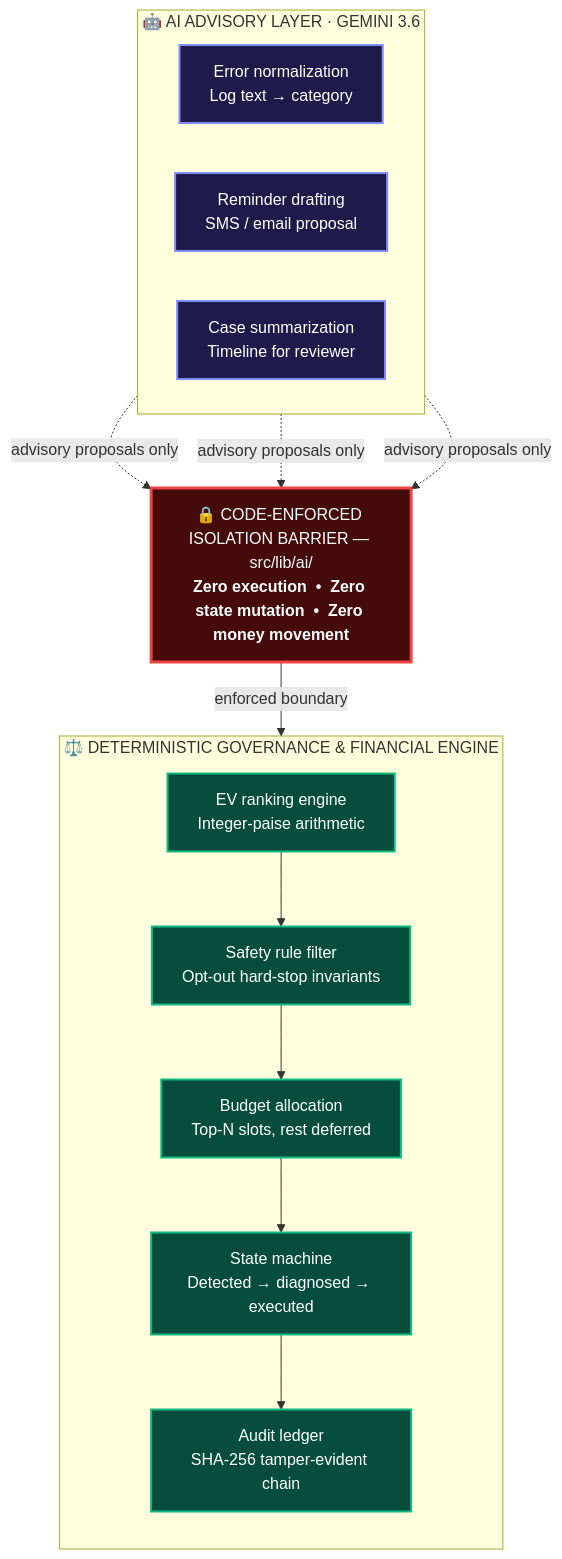
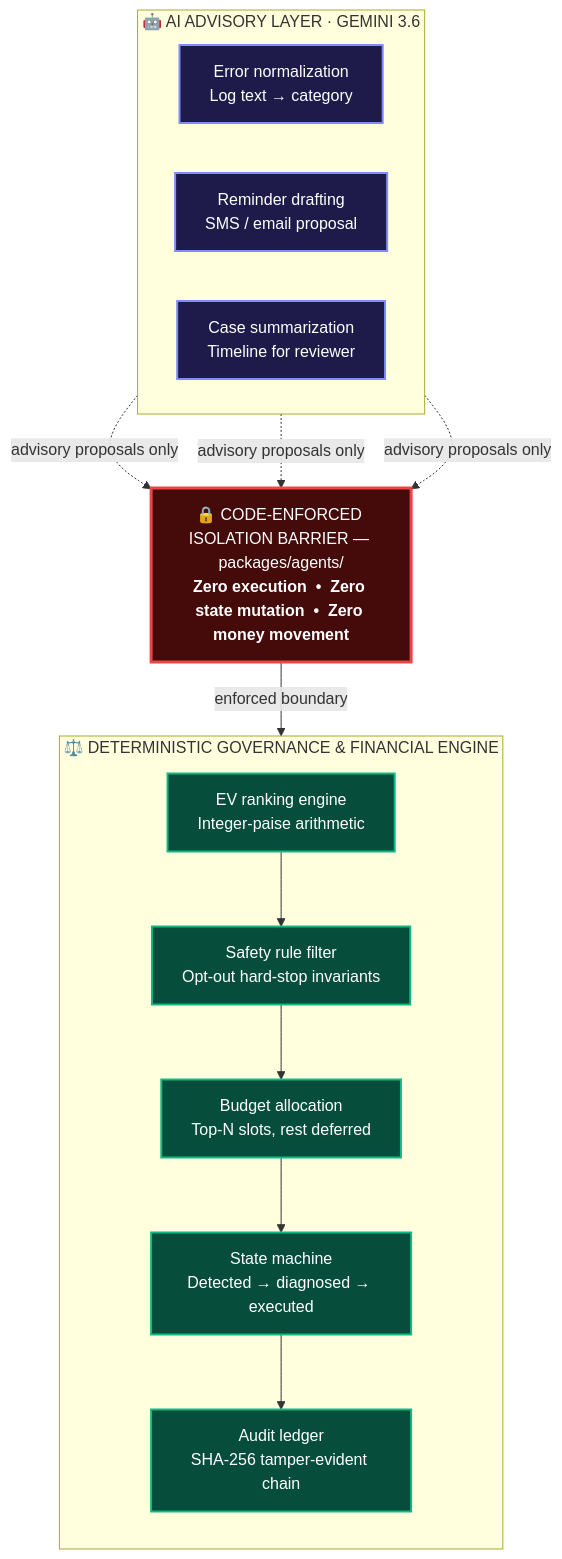
Before and after one commit to skmdshariff143-ai/recoverflow-ai: the diagram in docs/AI_BOUNDARY.md, drawn with Mermaid. The commit also changed other lines of this file and 11 other files, not shown here.

````diff
--- a/docs/AI_BOUNDARY.md
+++ b/docs/AI_BOUNDARY.md
@@ -13,28 +13,28 @@
 ```mermaid
 flowchart TD
     classDef advisoryNode fill:#1e1b4b,stroke:#818cf8,stroke-width:2px,color:#fff;
     classDef barrierNode fill:#450a0a,stroke:#ef4444,stroke-width:3px,color:#fff;
     classDef deterministicNode fill:#064e3b,stroke:#10b981,stroke-width:2px,color:#fff;
 
     subgraph AI_LAYER["🤖 AI ADVISORY LAYER · GEMINI 3.6"]
         direction LR
         A1["Error normalization<br/>Log text → category"]:::advisoryNode
         A2["Reminder drafting<br/>SMS / email proposal"]:::advisoryNode
         A3["Case summarization<br/>Timeline for reviewer"]:::advisoryNode
     end
 
-    BARRIER["🔒 CODE-ENFORCED ISOLATION BARRIER — src/lib/ai/<br/><b>Zero execution &nbsp;•&nbsp; Zero state mutation &nbsp;•&nbsp; Zero money movement</b>"]:::barrierNode
+    BARRIER["🔒 CODE-ENFORCED ISOLATION BARRIER — packages/agents/<br/><b>Zero execution &nbsp;•&nbsp; Zero state mutation &nbsp;•&nbsp; Zero money movement</b>"]:::barrierNode
 
     subgraph CORE_LAYER["⚖️ DETERMINISTIC GOVERNANCE & FINANCIAL ENGINE"]
         direction TB
         C1["EV ranking engine<br/>Integer-paise arithmetic"]:::deterministicNode
         C2["Safety rule filter<br/>Opt-out hard-stop invariants"]:::deterministicNode
         C3["Budget allocation<br/>Top-N slots, rest deferred"]:::deterministicNode
         C4["State machine<br/>Detected → diagnosed → executed"]:::deterministicNode
         C5["Audit ledger<br/>SHA-256 tamper-evident chain"]:::deterministicNode
         C1 --> C2 --> C3 --> C4 --> C5
     end
 
     A1 & A2 & A3 -. "advisory proposals only" .-> BARRIER
     BARRIER --> |"enforced boundary"| C1
 ```
````
